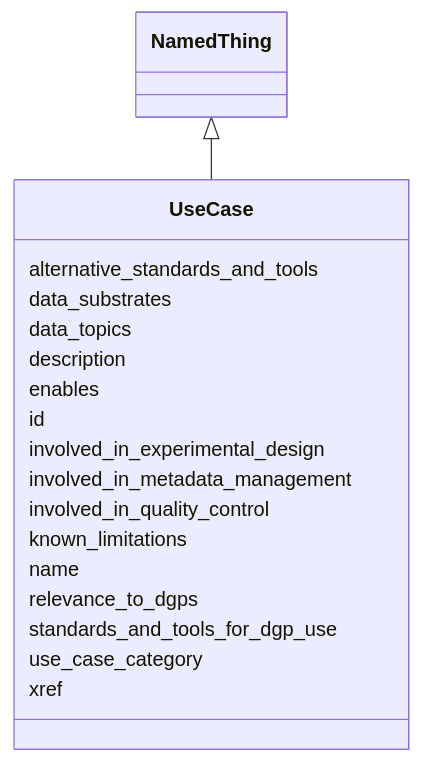
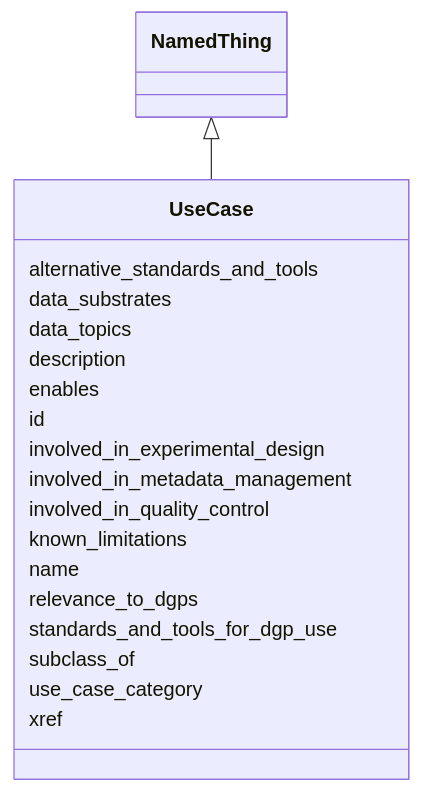
One commit to bridge2ai/standards-schemas changed the diagram in docs/UseCase.md. Above: the diagram before and after it, drawn with Mermaid. The commit also changed other lines of this file and 57 other files, not shown here.

````diff
--- a/docs/UseCase.md
+++ b/docs/UseCase.md
@@ -10,22 +11,23 @@
 ```mermaid
  classDiagram
     class UseCase
       NamedThing <|-- UseCase
       
       UseCase : alternative_standards_and_tools
       UseCase : data_substrates
       UseCase : data_topics
       UseCase : description
       UseCase : enables
       UseCase : id
       UseCase : involved_in_experimental_design
       UseCase : involved_in_metadata_management
       UseCase : involved_in_quality_control
       UseCase : known_limitations
       UseCase : name
       UseCase : relevance_to_dgps
       UseCase : standards_and_tools_for_dgp_use
+      UseCase : subclass_of
       UseCase : use_case_category
       UseCase : xref
       
 ```
````
